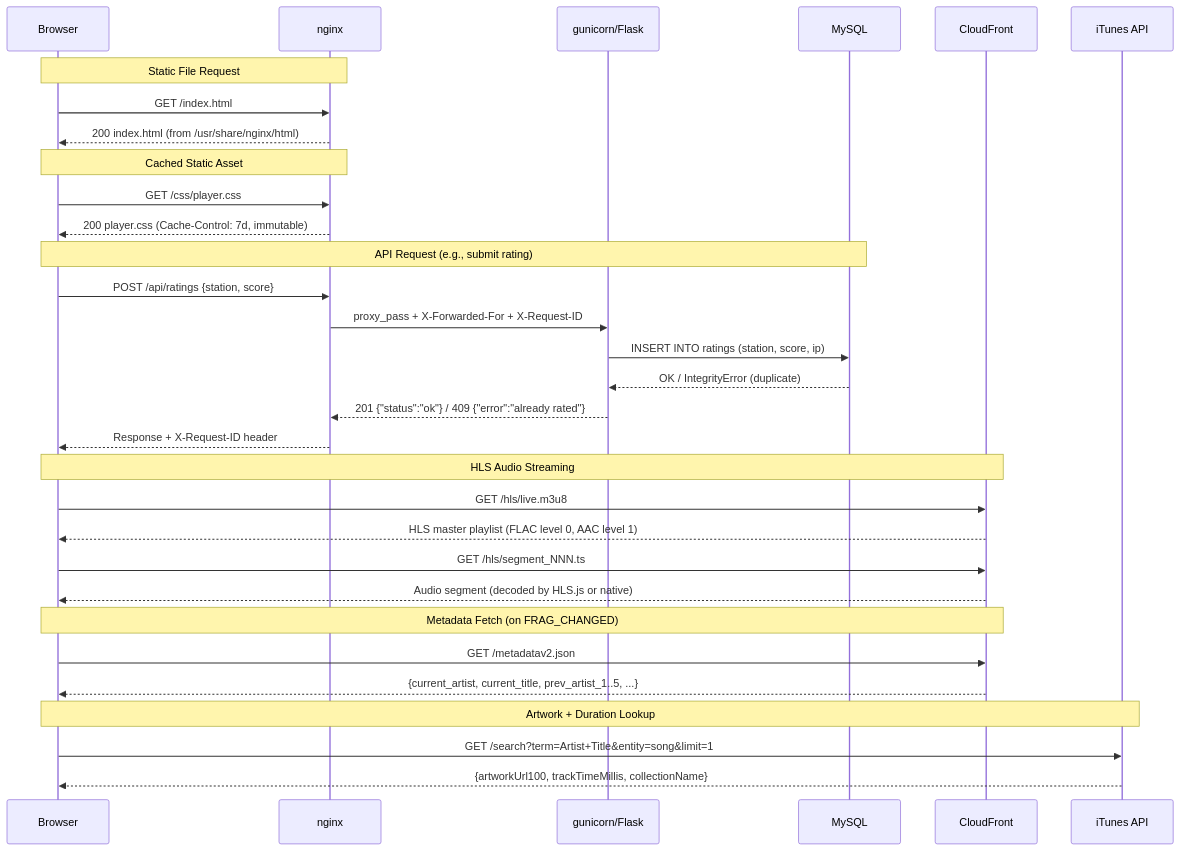
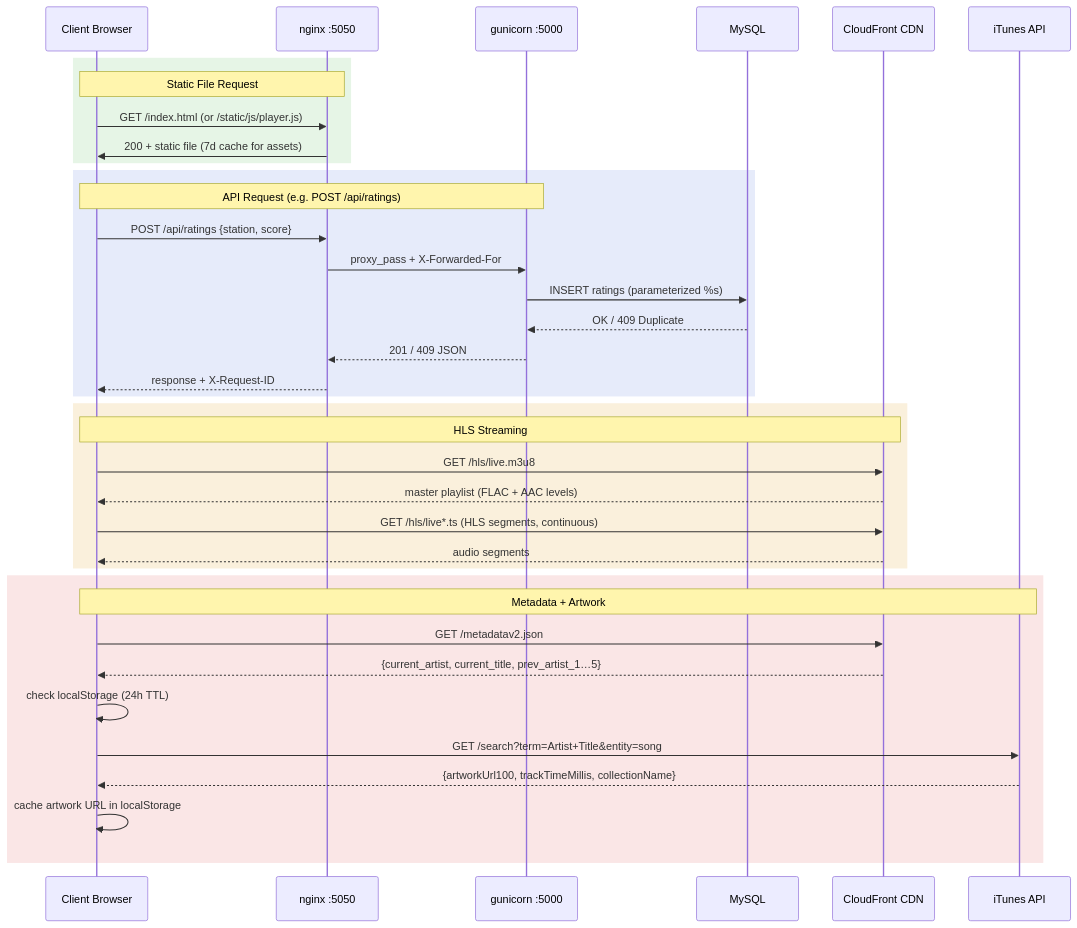
One commit to mgmarques/radiocalico changed the fourth of 6 diagrams in README.md. Above: the diagram before and after it, drawn with Mermaid. The commit also changed other lines of this file and 15 other files, not shown here.

First line of the commit message:
Update architecture diagrams, README, and CLAUDE.md for 10-agent milestone (#10)

````diff
--- a/README.md
+++ b/README.md
@@ -401,39 +427,43 @@
 ```mermaid
 sequenceDiagram
-    participant B as Browser
-    participant N as nginx
-    participant G as gunicorn/Flask
+    participant C as Client Browser
+    participant N as nginx :5050
+    participant G as gunicorn :5000
     participant DB as MySQL
-    participant CF as CloudFront
+    participant CF as CloudFront CDN
     participant IT as iTunes API
 
-    Note over B,N: Static File Request
-    B->>N: GET /index.html
-    N-->>B: 200 index.html (from /usr/share/nginx/html)
+    rect rgb(230, 245, 230)
+        Note over C,N: Static File Request
+        C->>N: GET /index.html (or /static/js/player.js)
+        N->>C: 200 + static file (7d cache for assets)
+    end
 
-    Note over B,N: Cached Static Asset
-    B->>N: GET /css/player.css
-    N-->>B: 200 player.css (Cache-Control: 7d, immutable)
+    rect rgb(230, 235, 250)
+        Note over C,G: API Request (e.g. POST /api/ratings)
+        C->>N: POST /api/ratings {station, score}
+        N->>G: proxy_pass + X-Forwarded-For
+        G->>DB: INSERT ratings (parameterized %s)
+        DB-->>G: OK / 409 Duplicate
+        G-->>N: 201 / 409 JSON
+        N-->>C: response + X-Request-ID
+    end
 
-    Note over B,DB: API Request (e.g., submit rating)
-    B->>N: POST /api/ratings {station, score}
-    N->>G: proxy_pass + X-Forwarded-For + X-Request-ID
-    G->>DB: INSERT INTO ratings (station, score, ip)
-    DB-->>G: OK / IntegrityError (duplicate)
-    G-->>N: 201 {"status":"ok"} / 409 {"error":"already rated"}
-    N-->>B: Response + X-Request-ID header
+    rect rgb(250, 240, 220)
+        Note over C,CF: HLS Streaming
+        C->>CF: GET /hls/live.m3u8
+        CF-->>C: master playlist (FLAC + AAC levels)
+        C->>CF: GET /hls/live*.ts (HLS segments, continuous)
+        CF-->>C: audio segments
+    end
 
-    Note over B,CF: HLS Audio Streaming
-    B->>CF: GET /hls/live.m3u8
-    CF-->>B: HLS master playlist (FLAC level 0, AAC level 1)
-    B->>CF: GET /hls/segment_NNN.ts
-    CF-->>B: Audio segment (decoded by HLS.js or native)
-
-    Note over B,CF: Metadata Fetch (on FRAG_CHANGED)
-    B->>CF: GET /metadatav2.json
-    CF-->>B: {current_artist, current_title, prev_artist_1..5, ...}
-
-    Note over B,IT: Artwork + Duration Lookup
-    B->>IT: GET /search?term=Artist+Title&entity=song&limit=1
-    IT-->>B: {artworkUrl100, trackTimeMillis, collectionName}
+    rect rgb(250, 230, 230)
+        Note over C,IT: Metadata + Artwork
+        C->>CF: GET /metadatav2.json
+        CF-->>C: {current_artist, current_title, prev_artist_1…5}
+        C->>C: check localStorage (24h TTL)
+        C->>IT: GET /search?term=Artist+Title&entity=song
+        IT-->>C: {artworkUrl100, trackTimeMillis, collectionName}
+        C->>C: cache artwork URL in localStorage
+    end
 ```
````
